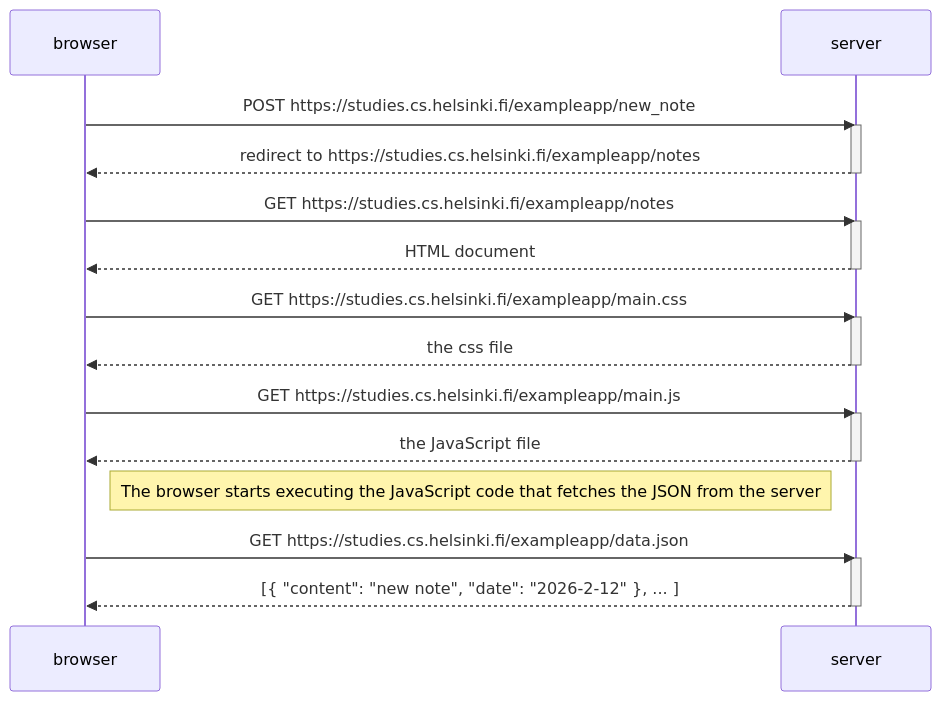
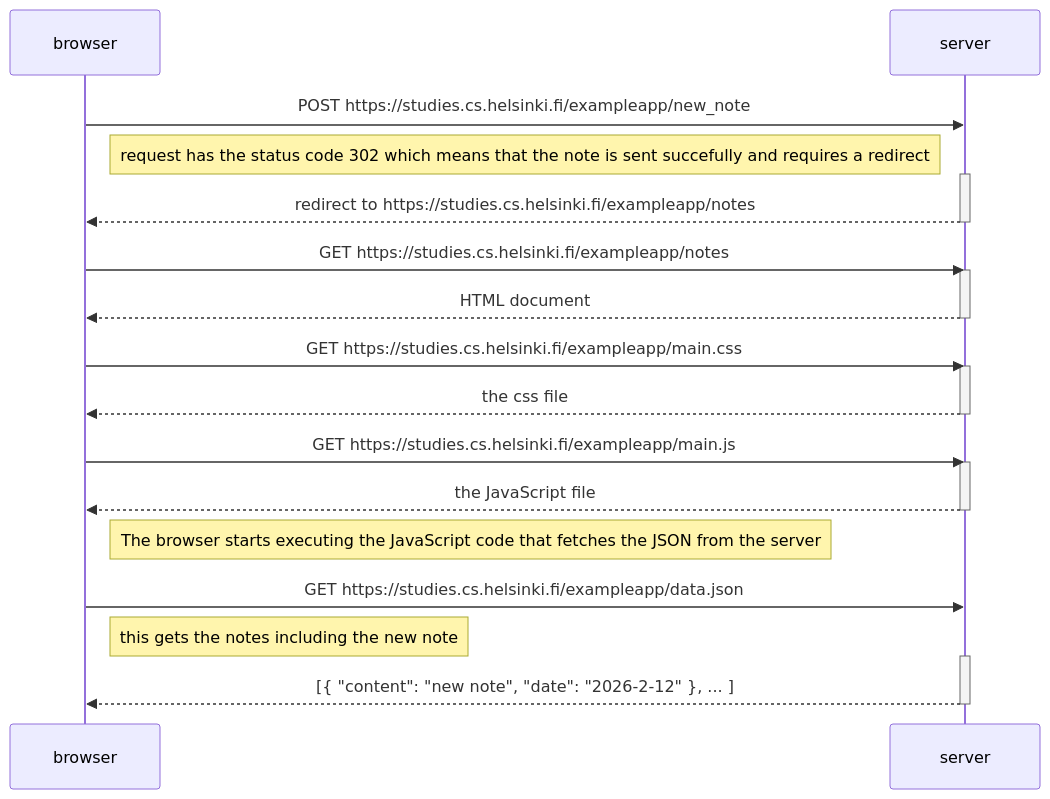
The diagram in part0/0.4_new_note_diagram.md (hammam-elsheikh/full-stack-open-exercises), drawn with Mermaid before and after one commit.

Commit message:
Update notes on request status and JSON fetch

````diff
--- a/part0/0.4_new_note_diagram.md
+++ b/part0/0.4_new_note_diagram.md
@@ -3,33 +3,34 @@
 ```mermaid
 sequenceDiagram
     participant browser
     participant server
 
     browser->>server: POST https://studies.cs.helsinki.fi/exampleapp/new_note
-    
+    Note right of browser: request has the status code 302 which means that the note is sent succefully and requires a redirect
     activate server
     server-->>browser: redirect to https://studies.cs.helsinki.fi/exampleapp/notes
     deactivate server
 
     browser->>server: GET https://studies.cs.helsinki.fi/exampleapp/notes
     activate server
     server-->>browser: HTML document
     deactivate server
 
     browser->>server: GET https://studies.cs.helsinki.fi/exampleapp/main.css
     activate server
     server-->>browser: the css file
     deactivate server
 
     browser->>server: GET https://studies.cs.helsinki.fi/exampleapp/main.js
     activate server
     server-->>browser: the JavaScript file
     deactivate server
 
     Note right of browser: The browser starts executing the JavaScript code that fetches the JSON from the server
 
     browser->>server: GET https://studies.cs.helsinki.fi/exampleapp/data.json
+    Note right of browser: this gets the notes including the new note
     activate server
     server-->>browser: [{ "content": "new note", "date": "2026-2-12" }, ... ]
     deactivate server
 ```
````
